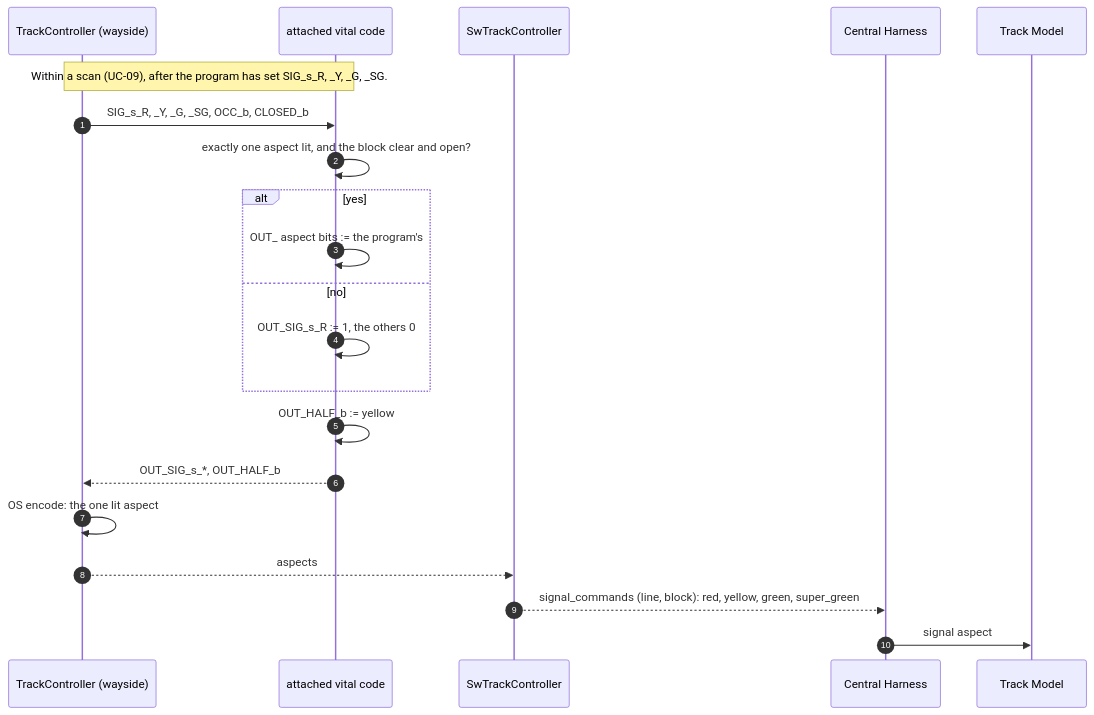
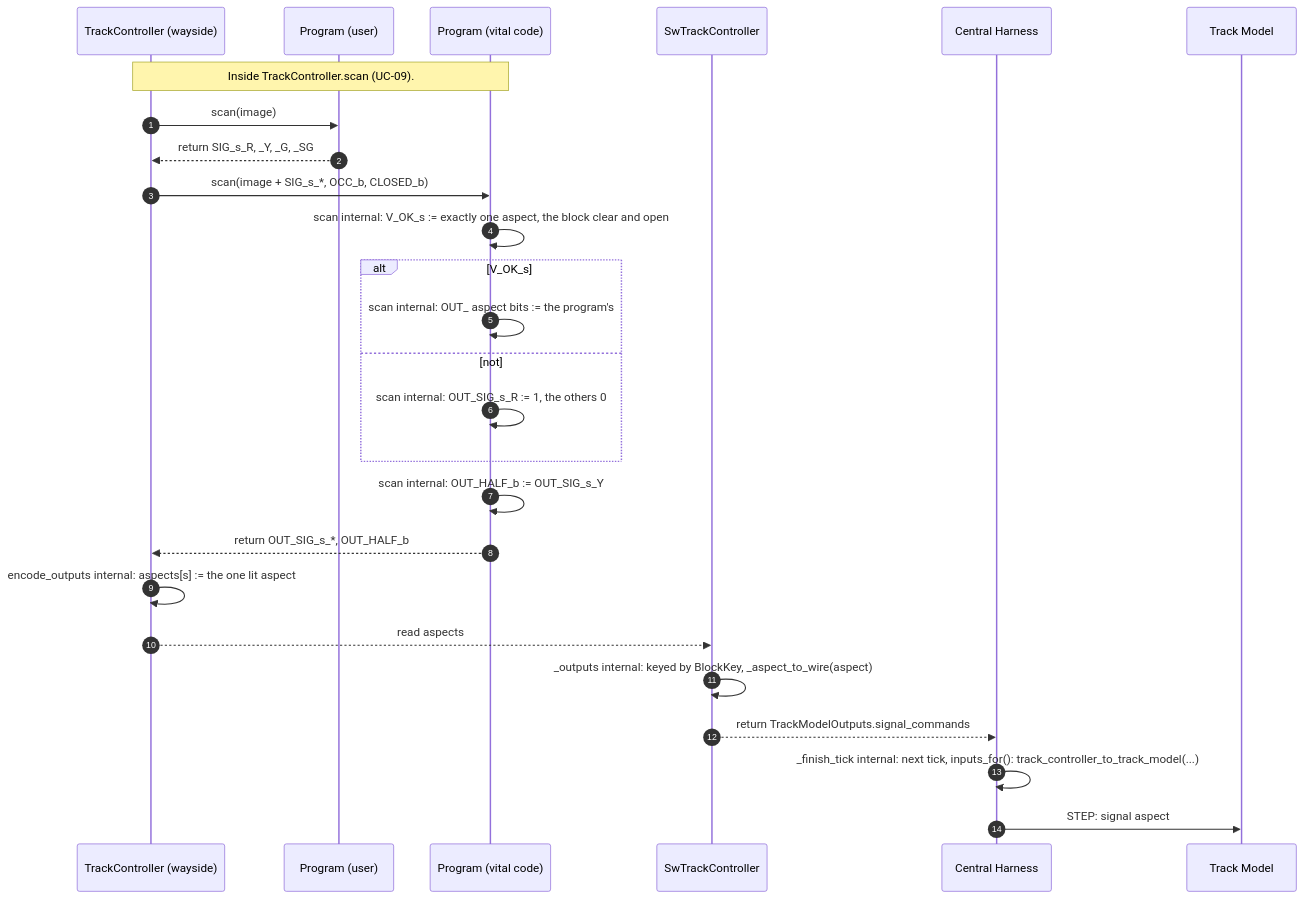
One commit to Landiss04/Track-Overflow changed the diagram in documents/uml/track_ctrl_sw/sequence/sd14_set_signal_aspects.mmd. Above: the diagram before and after it, drawn with Mermaid. The commit also changed 65 other files, not shown here.

```diff
--- a/documents/uml/track_ctrl_sw/sequence/sd14_set_signal_aspects.mmd
+++ b/documents/uml/track_ctrl_sw/sequence/sd14_set_signal_aspects.mmd
@@ -1,21 +1,26 @@
 sequenceDiagram
     autonumber
     participant W as TrackController (wayside)
-    participant V as attached vital code
+    participant U as Program (user)
+    participant V as Program (vital code)
     participant M as SwTrackController
     participant H as Central Harness
     participant TM as Track Model
-    Note over W,V: Within a scan (UC-09), after the program has set SIG_s_R, _Y, _G, _SG.
-    W->>V: SIG_s_R, _Y, _G, _SG, OCC_b, CLOSED_b
-    V->>V: exactly one aspect lit, and the block clear and open?
-    alt yes
-        V->>V: OUT_ aspect bits := the program's
-    else no
-        V->>V: OUT_SIG_s_R := 1, the others 0
+    Note over W,V: Inside TrackController.scan (UC-09).
+    W->>U: scan(image)
+    U-->>W: return SIG_s_R, _Y, _G, _SG
+    W->>V: scan(image + SIG_s_*, OCC_b, CLOSED_b)
+    V->>V: scan internal: V_OK_s := exactly one aspect, the block clear and open
+    alt V_OK_s
+        V->>V: scan internal: OUT_ aspect bits := the program's
+    else not
+        V->>V: scan internal: OUT_SIG_s_R := 1, the others 0
     end
-    V->>V: OUT_HALF_b := yellow
-    V-->>W: OUT_SIG_s_*, OUT_HALF_b
-    W->>W: OS encode: the one lit aspect
-    W-->>M: aspects
-    M-->>H: signal_commands (line, block): red, yellow, green, super_green
-    H->>TM: signal aspect
+    V->>V: scan internal: OUT_HALF_b := OUT_SIG_s_Y
+    V-->>W: return OUT_SIG_s_*, OUT_HALF_b
+    W->>W: encode_outputs internal: aspects[s] := the one lit aspect
+    W-->>M: read aspects
+    M->>M: _outputs internal: keyed by BlockKey, _aspect_to_wire(aspect)
+    M-->>H: return TrackModelOutputs.signal_commands
+    H->>H: _finish_tick internal: next tick, inputs_for(): track_controller_to_track_model(...)
+    H->>TM: STEP: signal aspect
```
